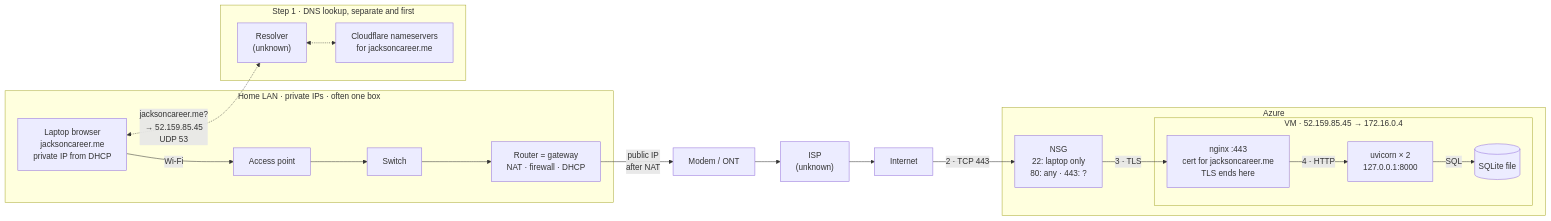
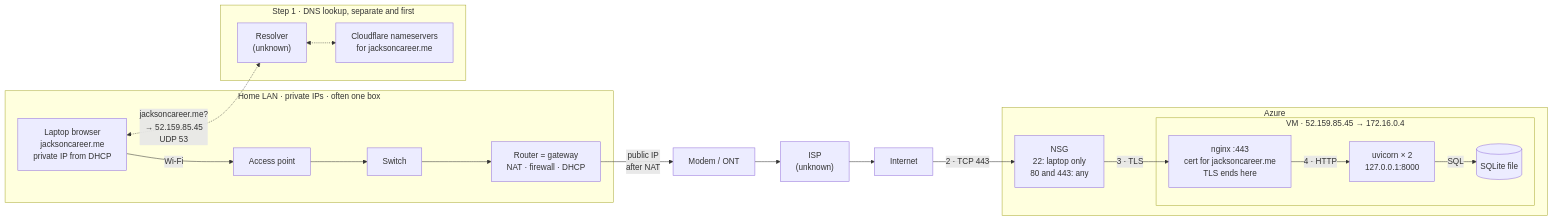
The first of 4 diagrams in docs/request-path.md (jacksonddorr-dev/career-platform), drawn with Mermaid before and after one commit. The commit also changed other lines of this file and 2 other files, not shown here.

First line of the commit message:
Build out the README engineering record and architecture diagrams

````diff
--- a/docs/request-path.md
+++ b/docs/request-path.md
@@ -11,31 +11,31 @@
 ```mermaid
 flowchart LR
   subgraph HOME["Home LAN · private IPs · often one box"]
     LAP["Laptop browser<br/>jacksoncareer.me<br/>private IP from DHCP"]
     AP["Access point"]
     SW["Switch"]
     RT["Router = gateway<br/>NAT · firewall · DHCP"]
   end
   ONT["Modem / ONT"]
   ISP["ISP<br/>(unknown)"]
   NET["Internet"]
 
   subgraph DNS["Step 1 · DNS lookup, separate and first"]
     RES["Resolver<br/>(unknown)"]
     CF["Cloudflare nameservers<br/>for jacksoncareer.me"]
   end
 
   subgraph AZ["Azure"]
-    NSG["NSG<br/>22: laptop only<br/>80: any · 443: ?"]
+    NSG["NSG<br/>22: laptop only<br/>80 and 443: any"]
     subgraph VM["VM · 52.159.85.45 → 172.16.0.4"]
       NGX["nginx :443<br/>cert for jacksoncareer.me<br/>TLS ends here"]
       UV["uvicorn × 2<br/>127.0.0.1:8000"]
       DB[("SQLite file")]
     end
   end
 
   LAP <-. "jacksoncareer.me?<br/>→ 52.159.85.45<br/>UDP 53" .-> RES <-.-> CF
 
   LAP -- "Wi-Fi" --> AP --> SW --> RT -- "public IP<br/>after NAT" --> ONT --> ISP --> NET
   NET -- "2 · TCP 443" --> NSG -- "3 · TLS" --> NGX -- "4 · HTTP" --> UV -- SQL --> DB
 ```
````
